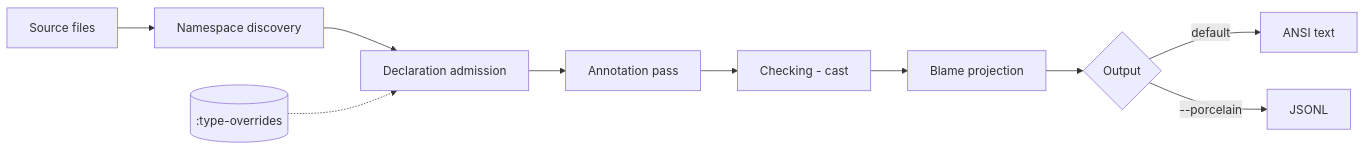
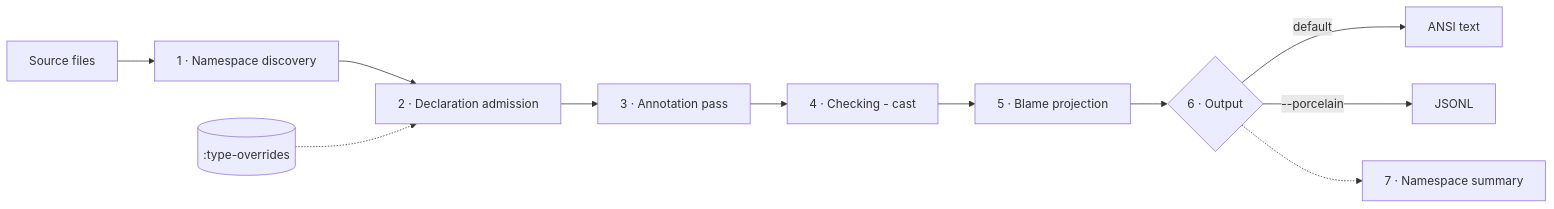
One commit to nomicflux/skeptic changed the diagram in skeptic/docs/walkthrough/README.md. Above: the diagram before and after it, drawn with Mermaid. The commit also changed other lines of this file and 12 other files, not shown here.

````diff
--- a/skeptic/docs/walkthrough/README.md
+++ b/skeptic/docs/walkthrough/README.md
@@ -33,12 +37,13 @@
 ```mermaid
 flowchart LR
-  src[Source files] --> disc[Namespace discovery]
-  disc --> adm[Declaration admission]
+  src[Source files] --> disc[1 · Namespace discovery]
+  disc --> adm[2 · Declaration admission]
   cfg[(:type-overrides)] -.-> adm
-  adm --> ann[Annotation pass]
-  ann --> chk[Checking - cast]
-  chk --> blame[Blame projection]
-  blame --> out{Output}
+  adm --> ann[3 · Annotation pass]
+  ann --> chk[4 · Checking - cast]
+  chk --> blame[5 · Blame projection]
+  blame --> out{6 · Output}
   out -->|default| txt[ANSI text]
   out -->|--porcelain| jsl[JSONL]
+  out -.-> sum[7 · Namespace summary]
 ```
````
